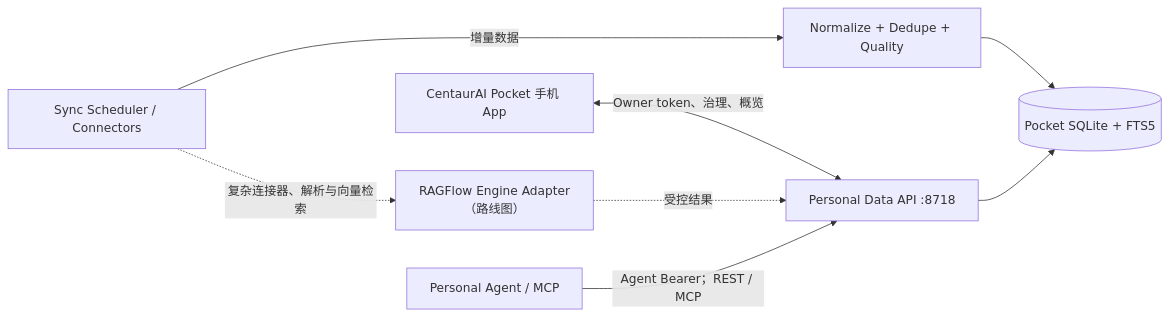
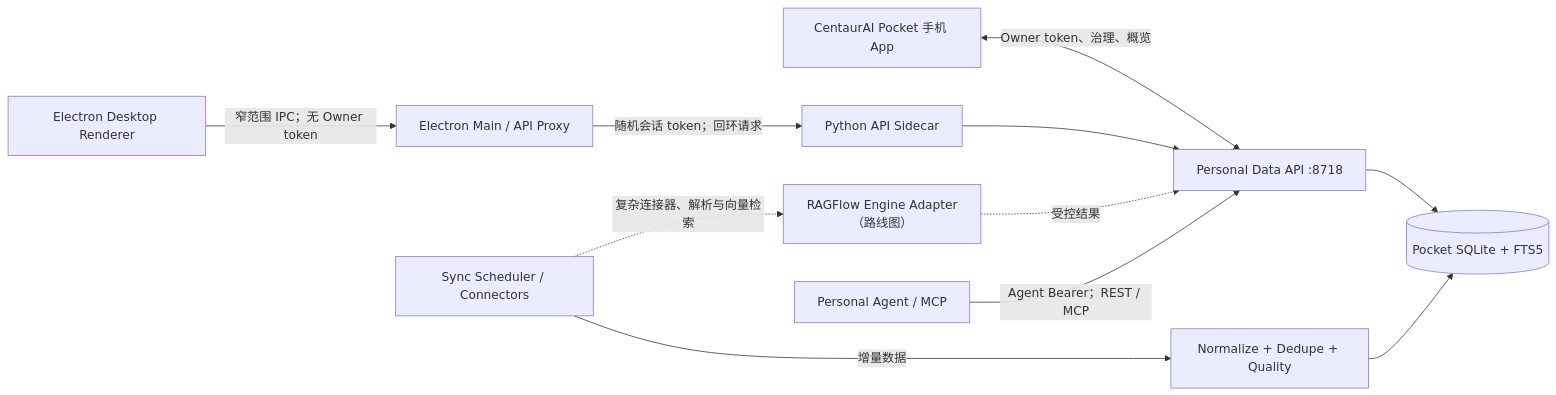
One commit to finewood2008/centaurai-pocket changed the first of 2 diagrams in docs/architecture.md. Above: the diagram before and after it, drawn with Mermaid. The commit also changed other lines of this file and 29 other files, not shown here.

Commit message:
feat: add Electron desktop launcher

````diff
--- a/docs/architecture.md
+++ b/docs/architecture.md
@@ -5,18 +5,24 @@
 ```mermaid
 flowchart LR
     M[CentaurAI Pocket 手机 App]
+    D[Electron Desktop Renderer]
+    DM[Electron Main / API Proxy]
+    SIDE[Python API Sidecar]
     API[Personal Data API :8718]
     S[Sync Scheduler / Connectors]
     G[Normalize + Dedupe + Quality]
     DB[(Pocket SQLite + FTS5)]
     R[RAGFlow Engine Adapter（路线图）]
     A[Personal Agent / MCP]
 
     M <-->|Owner token、治理、概览| API
+    D -->|窄范围 IPC；无 Owner token| DM
+    DM -->|随机会话 token；回环请求| SIDE
+    SIDE --> API
     S -->|增量数据| G
     G --> DB
     API --> DB
     S -.复杂连接器、解析与向量检索.-> R
     R -.受控结果.-> API
     A -->|Agent Bearer；REST / MCP| API
 ```
````
